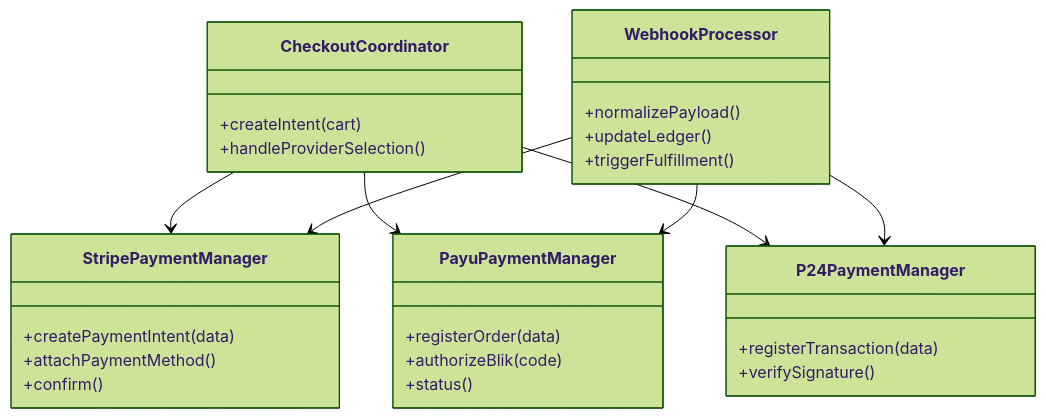
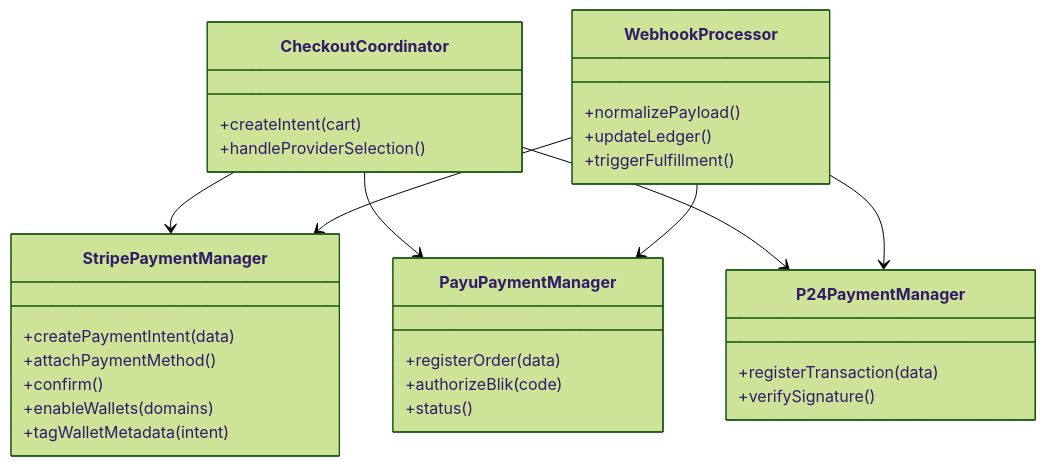
The diagram in docs/diagrams/adr-011-payments-and-checkout-orchestration/uml-services.mmd (marcelkenner/clarivum), drawn with Mermaid (forest theme) before and after one commit. The commit also changed 42 other files, not shown here.

````diff
--- a/docs/diagrams/adr-011-payments-and-checkout-orchestration/uml-services.mmd
+++ b/docs/diagrams/adr-011-payments-and-checkout-orchestration/uml-services.mmd
@@ -1,32 +1,34 @@
 ```mermaid
 classDiagram
     class CheckoutCoordinator {
         +createIntent(cart)
         +handleProviderSelection()
     }
     class StripePaymentManager {
         +createPaymentIntent(data)
         +attachPaymentMethod()
         +confirm()
+        +enableWallets(domains)
+        +tagWalletMetadata(intent)
     }
     class PayuPaymentManager {
         +registerOrder(data)
         +authorizeBlik(code)
         +status()
     }
     class P24PaymentManager {
         +registerTransaction(data)
         +verifySignature()
     }
     class WebhookProcessor {
         +normalizePayload()
         +updateLedger()
         +triggerFulfillment()
     }
     CheckoutCoordinator --> StripePaymentManager
     CheckoutCoordinator --> PayuPaymentManager
     CheckoutCoordinator --> P24PaymentManager
     WebhookProcessor --> StripePaymentManager
     WebhookProcessor --> PayuPaymentManager
     WebhookProcessor --> P24PaymentManager
 ```
````
